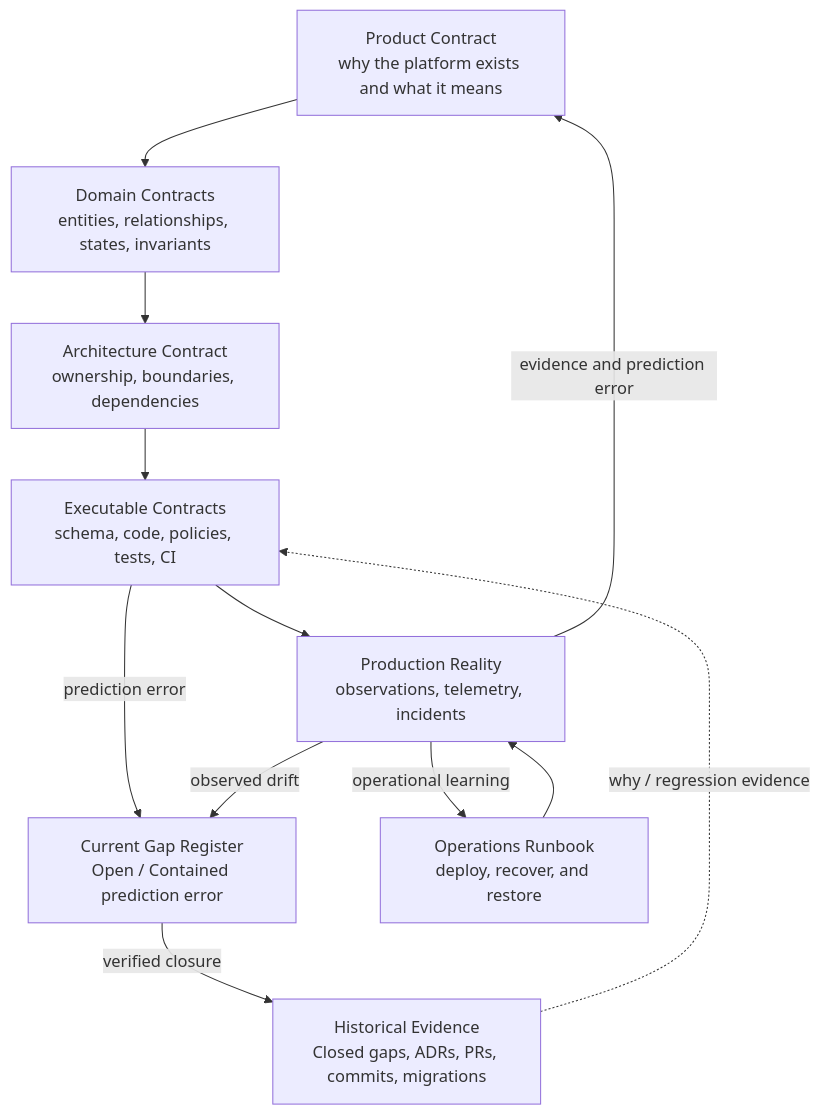
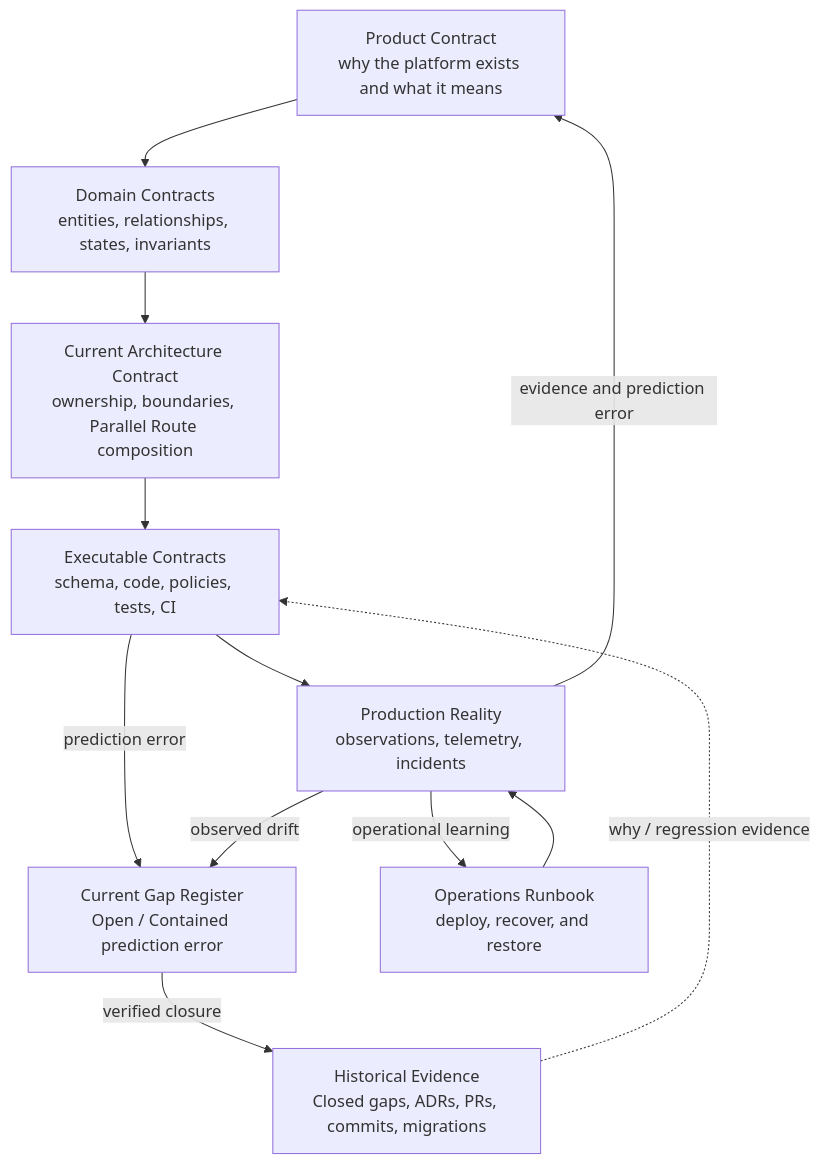
One commit to 963sup/No-Code-Collaboration-Platform changed the diagram in docs/README.md. Above: the diagram before and after it, drawn with Mermaid. The commit also changed other lines of this file and 6 other files, not shown here.

Commit message:
docs: preserve canonical Parallel Route truth

````diff
--- a/docs/README.md
+++ b/docs/README.md
@@ -18,23 +19,23 @@
 ```mermaid
 flowchart TB
   product["Product Contract<br/>why the platform exists and what it means"]
   domain["Domain Contracts<br/>entities, relationships, states, invariants"]
-  architecture["Architecture Contract<br/>ownership, boundaries, dependencies"]
+  architecture["Current Architecture Contract<br/>ownership, boundaries, Parallel Route composition"]
   executable["Executable Contracts<br/>schema, code, policies, tests, CI"]
   production["Production Reality<br/>observations, telemetry, incidents"]
   gaps["Current Gap Register<br/>Open / Contained prediction error"]
   history["Historical Evidence<br/>Closed gaps, ADRs, PRs, commits, migrations"]
   runbook["Operations Runbook<br/>deploy, recover, and restore"]
 
   product --> domain
   domain --> architecture
   architecture --> executable
   executable --> production
   executable -->|"prediction error"| gaps
   production -->|"observed drift"| gaps
   gaps -->|"verified closure"| history
   history -.->|"why / regression evidence"| executable
   production -->|"evidence and prediction error"| product
   runbook --> production
   production -->|"operational learning"| runbook
 ```
````
